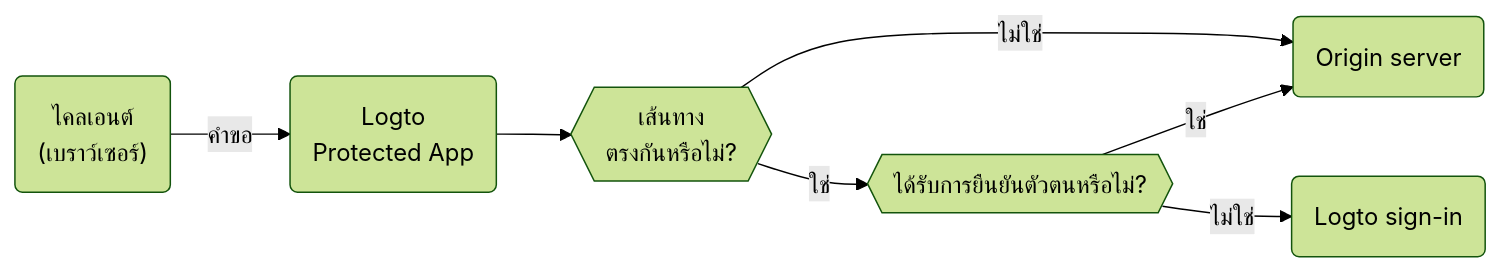
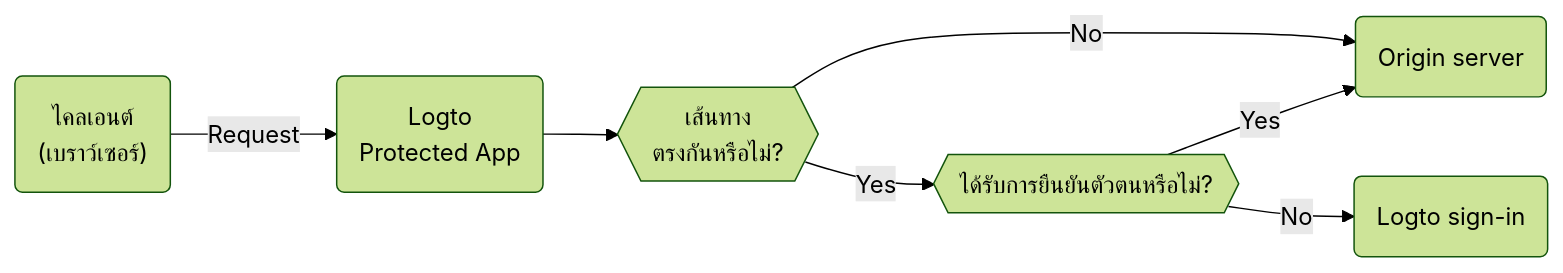
The diagram in i18n/th/docusaurus-plugin-content-docs/current/integrate-logto/protected-app.mdx (logto-io/docs), drawn with Mermaid (forest theme) before and after one commit. The commit also changed other lines of this file and 53 other files, not shown here.

````diff
--- a/i18n/th/docusaurus-plugin-content-docs/current/integrate-logto/protected-app.mdx
+++ b/i18n/th/docusaurus-plugin-content-docs/current/integrate-logto/protected-app.mdx
@@ -19,9 +19,9 @@
 ```mermaid
 graph LR
-  A("ไคลเอนต์<br/>(เบราว์เซอร์)") -->|คำขอ| B(Logto<br/>Protected App)
+  A("ไคลเอนต์<br/>(เบราว์เซอร์)") -->|Request| B(Logto<br/>Protected App)
   B --> Condition{{เส้นทาง<br/>ตรงกันหรือไม่?}}
-  Condition -->|ใช่| Matched{{ได้รับการยืนยันตัวตนหรือไม่?}}
-  Matched -->|ใช่| C(Origin server)
-  Matched -->|ไม่ใช่| D(Logto sign-in)
-  Condition -->|ไม่ใช่| C
+  Condition -->|Yes| Matched{{ได้รับการยืนยันตัวตนหรือไม่?}}
+  Matched -->|Yes| C(Origin server)
+  Matched -->|No| D(Logto sign-in)
+  Condition -->|No| C
 ```
````
